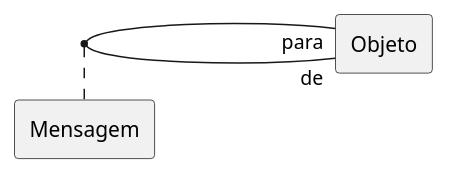
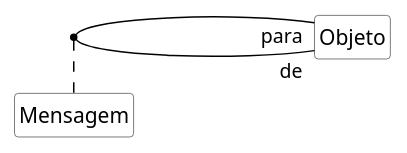
Before and after one commit to kyriosdata/oo: the diagram in imagens/modelos-07/mod07ima26/mod07ima26.plantuml, drawn with PlantUML. The commit also changed 10 other files, not shown here.

```diff
--- a/imagens/modelos-07/mod07ima26/mod07ima26.plantuml
+++ b/imagens/modelos-07/mod07ima26/mod07ima26.plantuml
@@ -1,8 +1,18 @@
 @startuml mod07ima26
+hide circle
+hide methods
+hide empty members
+
+skinparam class {
+    BackgroundColor White
+    ArrowColor Black
+    BorderColor #505050
+}
+
 allow_mixing
-rectangle "Mensagem" as me
-rectangle "Objeto" as ob
+class "Mensagem" as me
+class "Objeto" as ob
 left to right direction
 ob "para"---"de" ob
 (ob,ob) .. me
 @enduml
```
